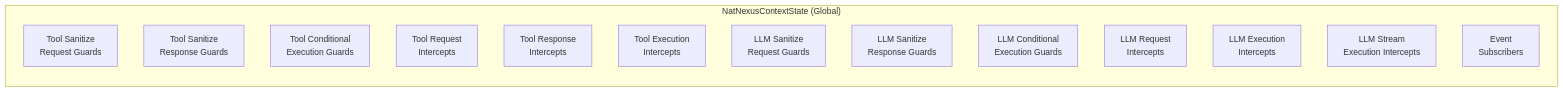
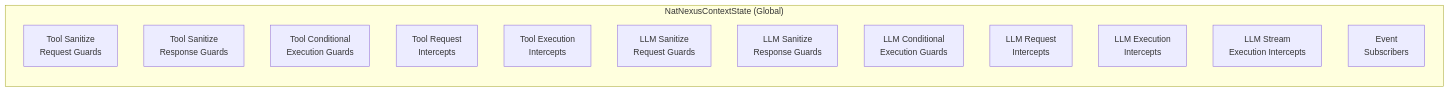
One commit to NVIDIA/NeMo-Relay changed the second of 4 diagrams in docs/architecture.md. Above: the diagram before and after it, drawn with Mermaid. The commit also changed 16 other files, not shown here.

````diff
--- a/docs/architecture.md
+++ b/docs/architecture.md
@@ -120,20 +120,19 @@
 ```mermaid
 graph LR
     subgraph "NatNexusContextState (Global)"
         TSR[Tool Sanitize<br/>Request Guards]
         TSP[Tool Sanitize<br/>Response Guards]
         TCE[Tool Conditional<br/>Execution Guards]
         TRI[Tool Request<br/>Intercepts]
-        TRSI[Tool Response<br/>Intercepts]
         TEI[Tool Execution<br/>Intercepts]
 
         LSR[LLM Sanitize<br/>Request Guards]
         LSP[LLM Sanitize<br/>Response Guards]
         LCE[LLM Conditional<br/>Execution Guards]
         LRI[LLM Request<br/>Intercepts]
         LEI[LLM Execution<br/>Intercepts]
         LSEI[LLM Stream<br/>Execution Intercepts]
 
         SUBS[Event<br/>Subscribers]
     end
 ```
````
